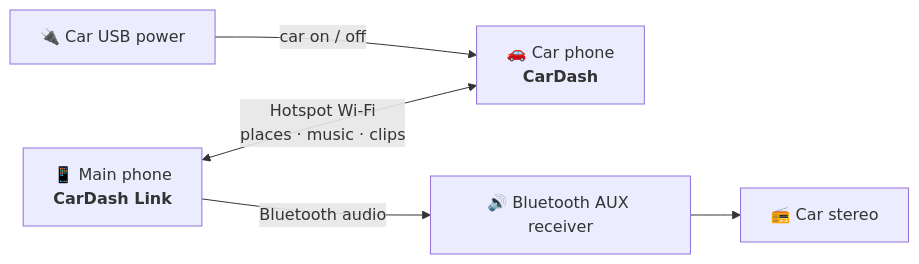
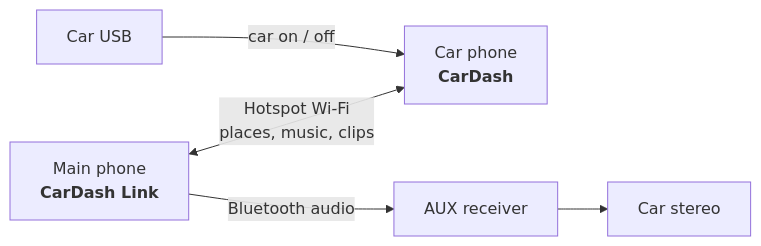
One commit to SarveshP16/CarDash changed the diagram in README.md. Above: the diagram before and after it, drawn with Mermaid.

Commit message:
README: fix clipped diagram labels

````diff
--- a/README.md
+++ b/README.md
@@ -60,6 +60,6 @@
 ```mermaid
 flowchart LR
-    M["📱 Main phone<br/><b>CarDash Link</b>"] <-->|"Hotspot Wi-Fi<br/>places · music · clips"| C["🚗 Car phone<br/><b>CarDash</b>"]
-    M -->|"Bluetooth audio"| A["🔊 Bluetooth AUX receiver"] --> S["📻 Car stereo"]
-    U["🔌 Car USB power"] -->|"car on / off"| C
+    M["Main phone<br/><b>CarDash Link</b>"] <-->|"Hotspot Wi-Fi<br/>places, music, clips"| C["Car phone<br/><b>CarDash</b>"]
+    M -->|"Bluetooth audio"| A["AUX receiver"] --> S["Car stereo"]
+    U["Car USB"] -->|"car on / off"| C
 ```
````
